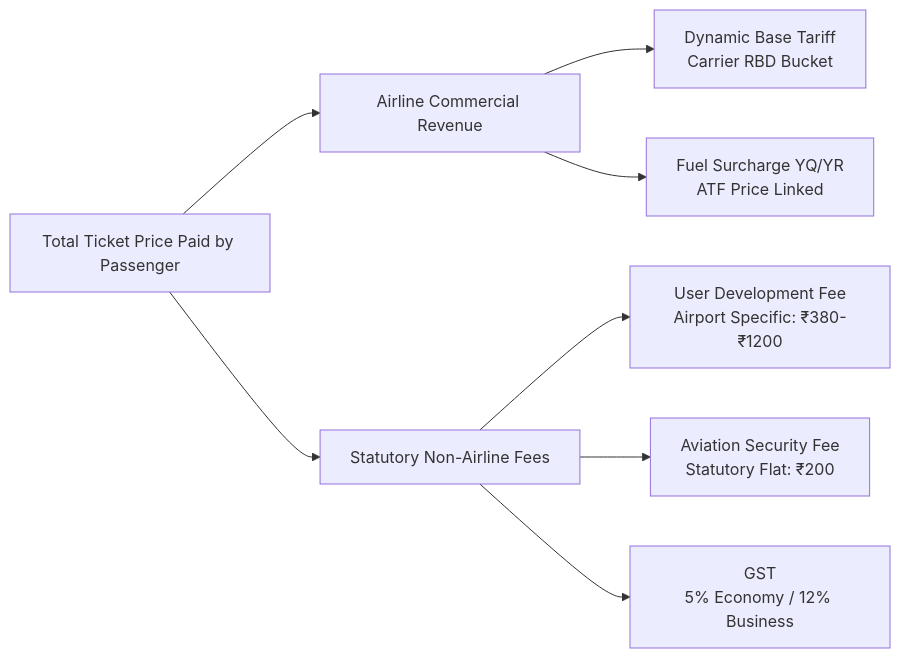
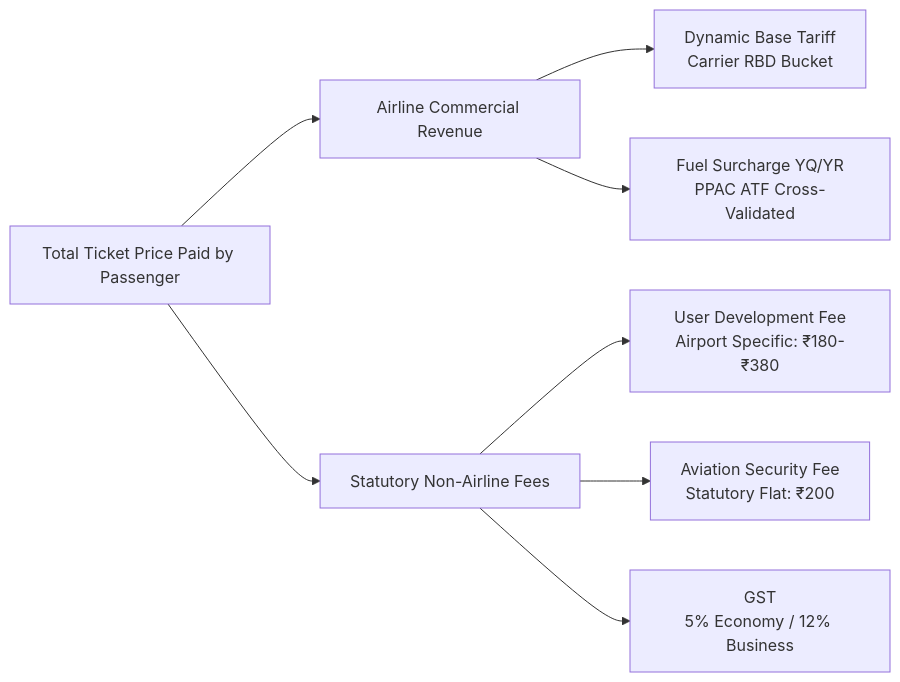
Before and after one commit to Tejas3479/APIx: the diagram in docs/METHODOLOGY.md, drawn with Mermaid. The commit also changed other lines of this file and 37 other files, not shown here.

First line of the commit message:
feat(econometrics): implement DGCA-weighted GEKS-Tornqvist, PPAC ATF validation, bootstrap CI, and official standards alignment

````diff
--- a/docs/METHODOLOGY.md
+++ b/docs/METHODOLOGY.md
@@ -114,12 +116,12 @@
 ```mermaid
 graph LR
     TF["Total Ticket Price Paid by Passenger"] --> AIRLINE["Airline Commercial Revenue"]
     TF --> STATUTORY["Statutory Non-Airline Fees"]
     
     AIRLINE --> BF["Dynamic Base Tariff<br/>Carrier RBD Bucket"]
-    AIRLINE --> YQ["Fuel Surcharge YQ/YR<br/>ATF Price Linked"]
+    AIRLINE --> YQ["Fuel Surcharge YQ/YR<br/>PPAC ATF Cross-Validated"]
     
-    STATUTORY --> UDF["User Development Fee<br/>Airport Specific: ₹380-₹1200"]
+    STATUTORY --> UDF["User Development Fee<br/>Airport Specific: ₹180-₹380"]
     STATUTORY --> ASF["Aviation Security Fee<br/>Statutory Flat: ₹200"]
     STATUTORY --> GST["GST<br/>5% Economy / 12% Business"]
 ```
````
